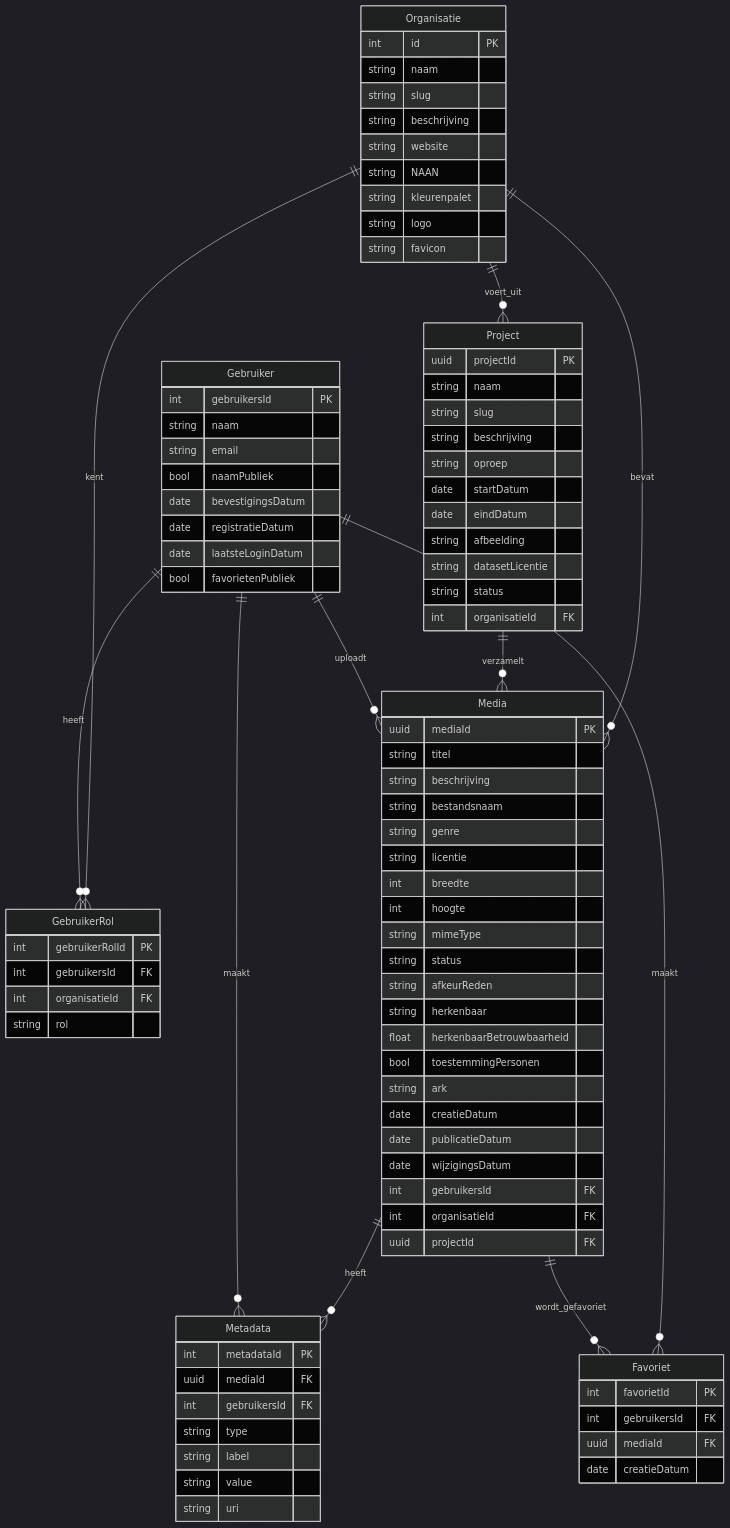
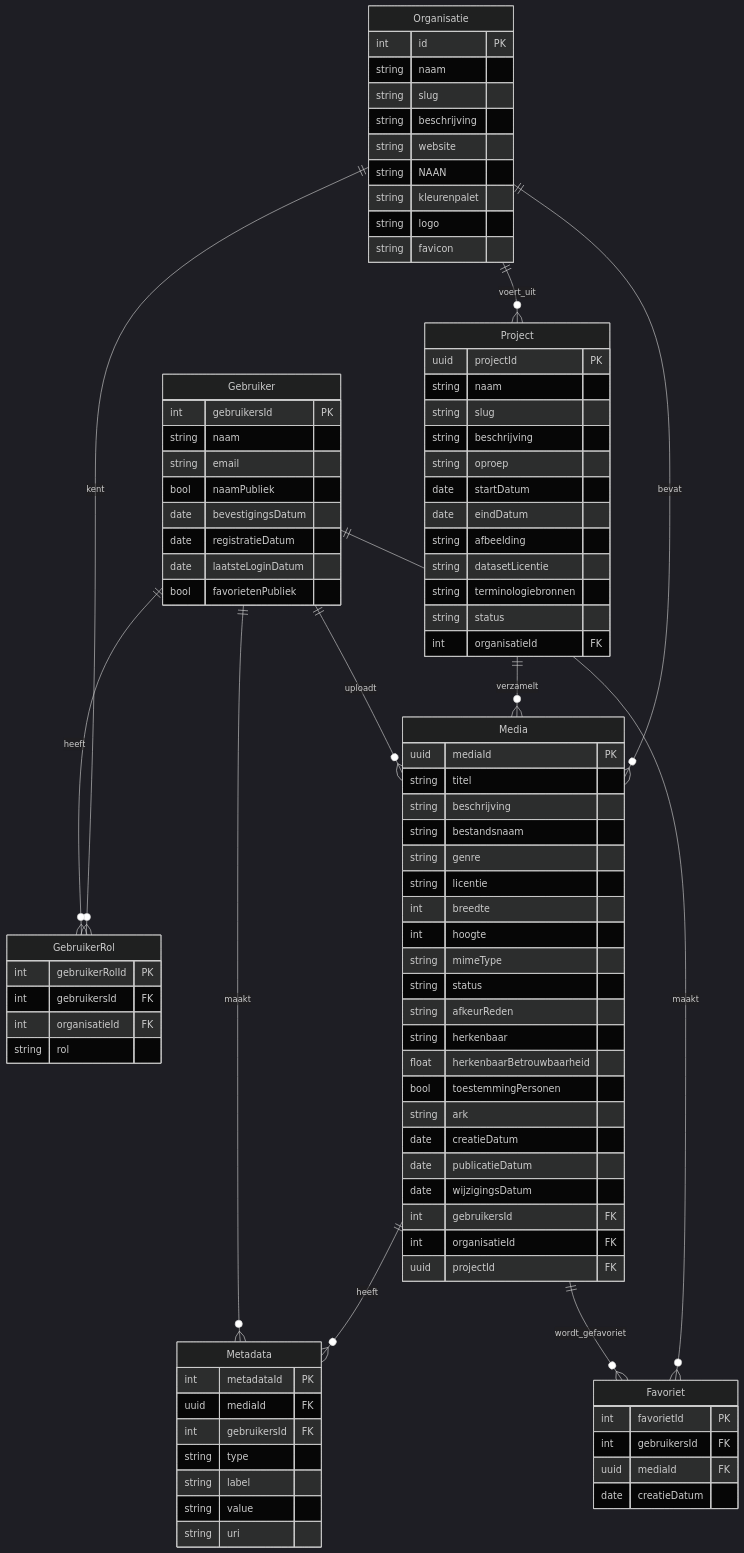
One commit to inside-out-time-machines/design changed the diagram in data-architectuur/erd.mermaid.md. Above: the diagram before and after it, drawn with Mermaid (dark theme). The commit also changed 8 other files, not shown here.

First line of the commit message:
Genres via CHT en term-lookups via NDE Termennetwerk (GraphQL); terminologiebronnen per project instelbaar

```diff
--- a/data-architectuur/erd.mermaid.md
+++ b/data-architectuur/erd.mermaid.md
@@ -25,6 +25,7 @@
     date eindDatum
     string afbeelding
     string datasetLicentie
+    string terminologiebronnen
     string status
     int organisatieId FK
   }
@@ -92,6 +93,8 @@
   %% organisatiebeheerder. Elke organisatie heeft minstens een project; elke jottem hoort
   %% bij precies een project (Media.projectId verplicht). Project.status: actief / afgerond.
   %% Project.datasetLicentie: licentie van de projectdataset (datasetbeschrijving per project).
+  %% Project.terminologiebronnen: lijst van bron-URI's uit het NDE Termennetwerk die binnen
+  %% dit project beschikbaar zijn voor term-URI's (standaard: alle bronnen).
   %% Publiek zichtbare identifiers (mediaId, projectId) zijn betekenisloze UUID's; interne
   %% id's (gebruikersId e.d.) blijven interne sleutels.
   %% Rollen: een gebruiker kan meerdere rollen hebben, per organisatie (GebruikerRol);
```
